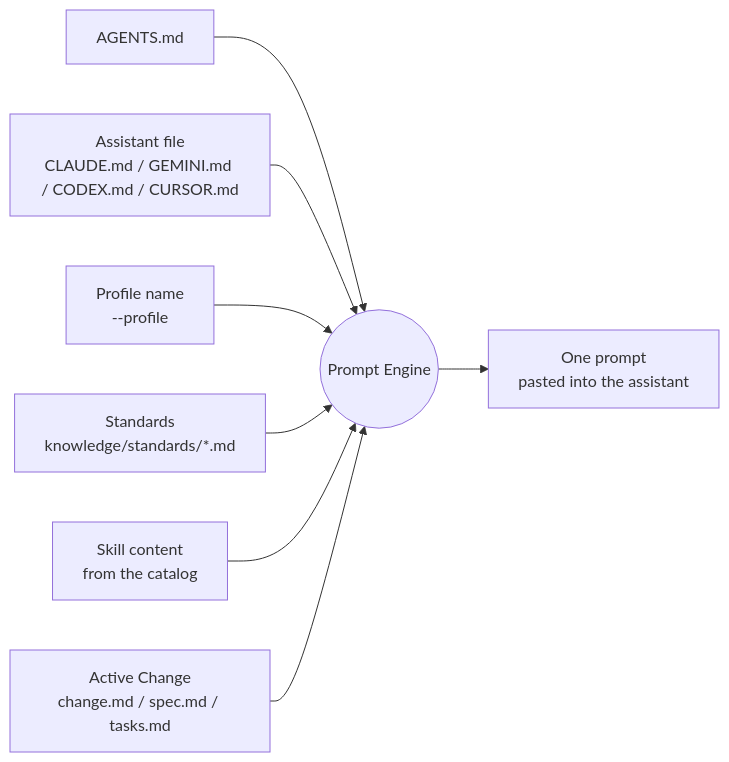
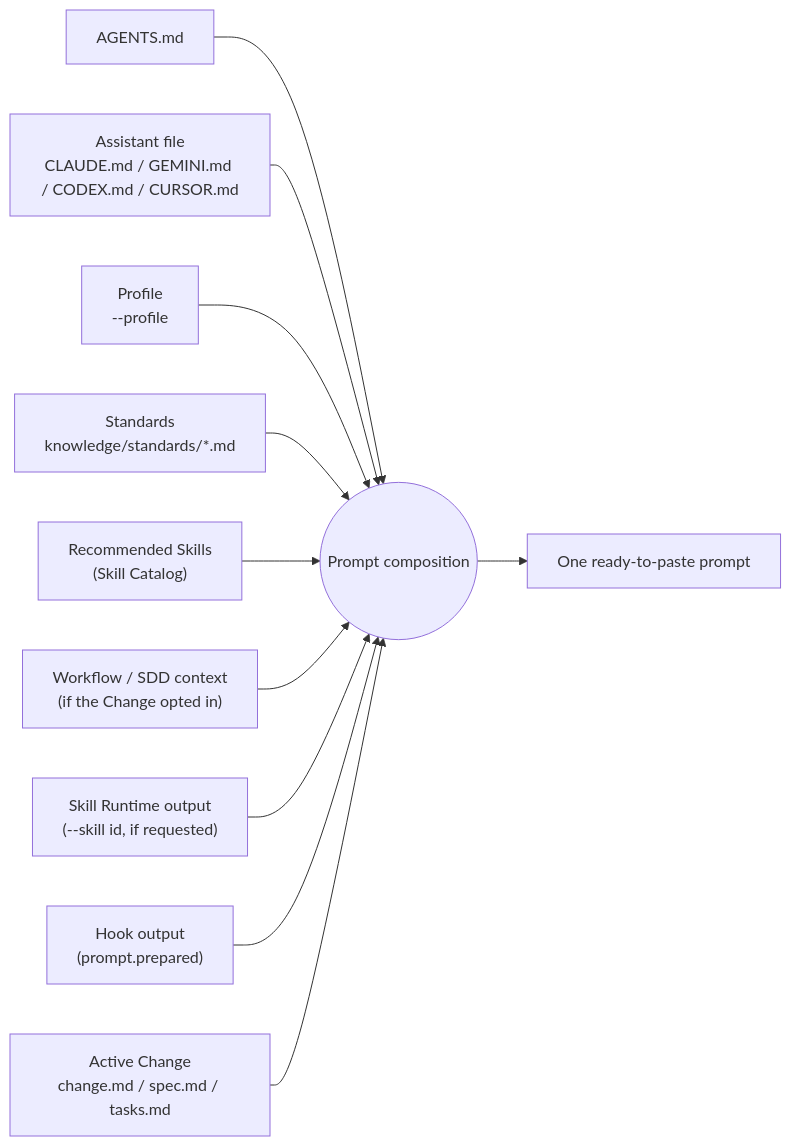
One commit to avazquezmaza/aief-next changed the second of 2 diagrams in docs/architecture.md. Above: the diagram before and after it, drawn with Mermaid. The commit also changed other lines of this file and 258 other files, not shown here.

````diff
--- a/docs/architecture.md
+++ b/docs/architecture.md
@@ -58,10 +118,13 @@
 ```mermaid
 flowchart LR
     AG[AGENTS.md] --> P
-    AF[Assistant file<br/>CLAUDE.md / GEMINI.md / CODEX.md / CURSOR.md] --> P
-    PRO[Profile name<br/>--profile] --> P
-    STD[Standards<br/>knowledge/standards/*.md] --> P
-    SKL[Skill content<br/>from the catalog] --> P
-    CHG[Active Change<br/>change.md / spec.md / tasks.md] --> P
-    P((Prompt Engine)) --> OUT[One prompt<br/>pasted into the assistant]
+    AF["Assistant file\nCLAUDE.md / GEMINI.md / CODEX.md / CURSOR.md"] --> P
+    PRO["Profile\n--profile"] --> P
+    STD["Standards\nknowledge/standards/*.md"] --> P
+    SKL["Recommended Skills\n(Skill Catalog)"] --> P
+    WFB["Workflow / SDD context\n(if the Change opted in)"] --> P
+    SKR["Skill Runtime output\n(--skill id, if requested)"] --> P
+    HKB["Hook output\n(prompt.prepared)"] --> P
+    CHG["Active Change\nchange.md / spec.md / tasks.md"] --> P
+    P((Prompt composition)) --> OUT[One ready-to-paste prompt]
 ```
````
